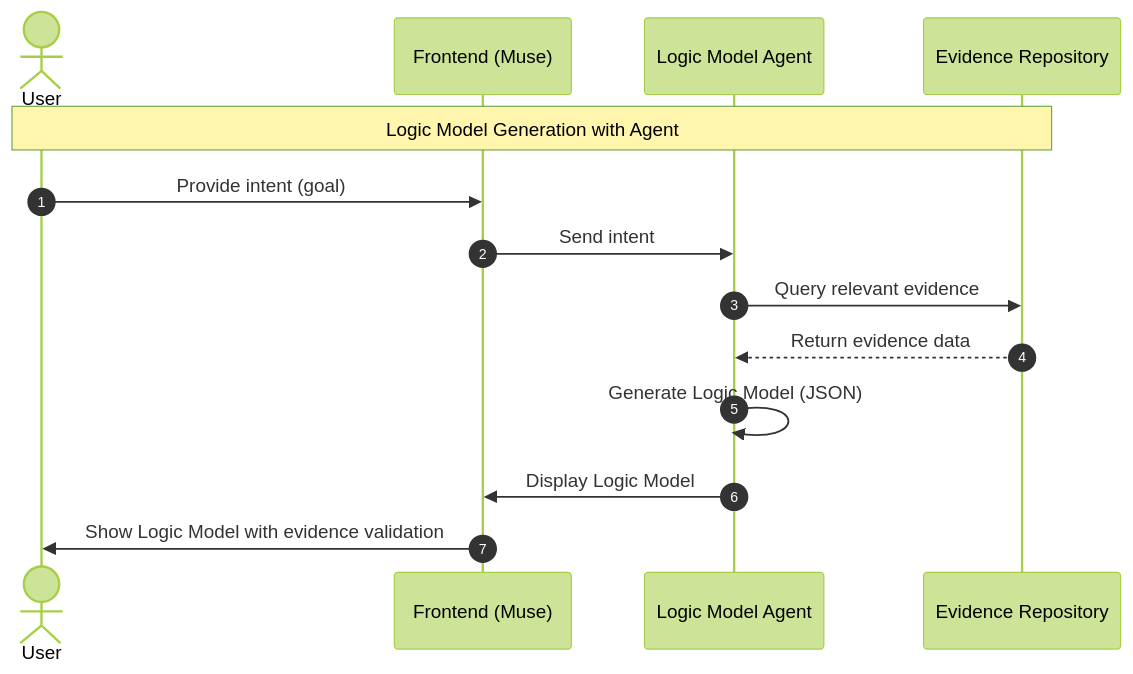
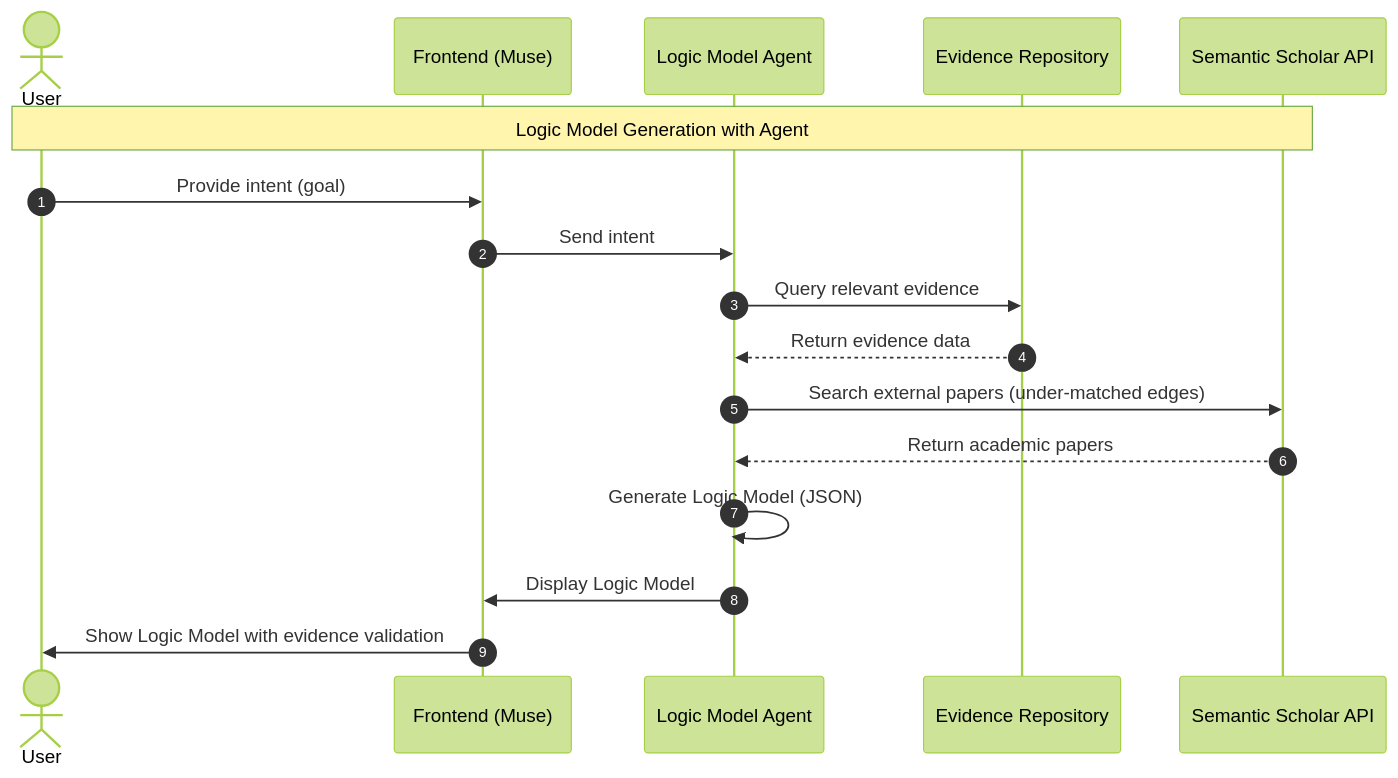
One commit to beaconlabs-io/muse changed the first of 2 diagrams in docs/mastra-agents.md. Above: the diagram before and after it, drawn with Mermaid (forest theme). The commit also changed other lines of this file, not shown here.

First line of the commit message:
docs: update mastra-agents.md for Semantic Scholar integration

````diff
--- a/docs/mastra-agents.md
+++ b/docs/mastra-agents.md
@@ -9,18 +9,21 @@
 ```mermaid
 sequenceDiagram
     autonumber
     actor User as User
     participant FE as Frontend (Muse)
     participant Agent as Logic Model Agent
     participant Evidence as Evidence Repository
+    participant SS as Semantic Scholar API
 
-    Note over User, Evidence: Logic Model Generation with Agent
+    Note over User, SS: Logic Model Generation with Agent
 
     User->>FE: Provide intent (goal)
     FE->>Agent: Send intent
     Agent->>Evidence: Query relevant evidence
     Evidence-->>Agent: Return evidence data
+    Agent->>SS: Search external papers (under-matched edges)
+    SS-->>Agent: Return academic papers
     Agent->>Agent: Generate Logic Model (JSON)
     Agent->>FE: Display Logic Model
     FE->>User: Show Logic Model with evidence validation
 ```
````
